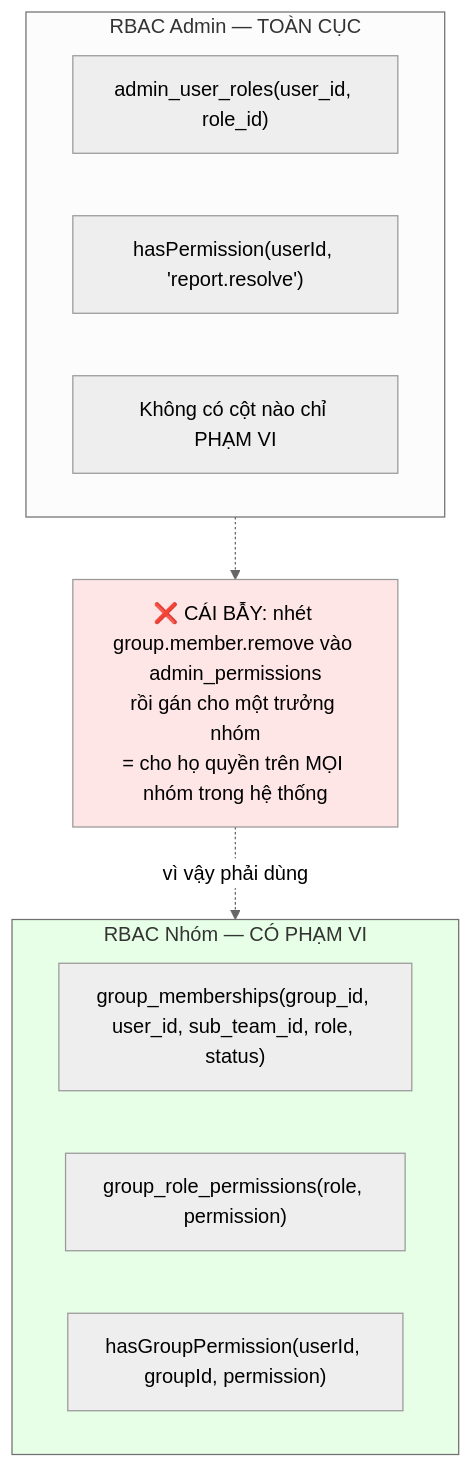
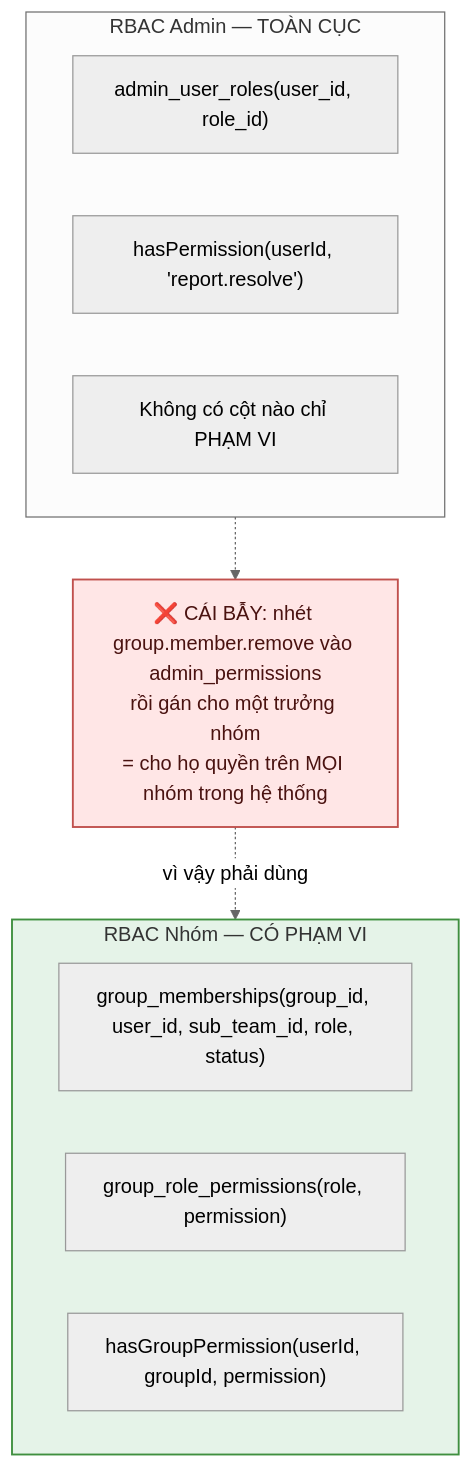
One commit to fdshn/trueheart changed the third of 6 diagrams in docs/diagram/18-group.md. Above: the diagram before and after it, drawn with Mermaid (neutral theme). The commit also changed other lines of this file and 30 other files, not shown here.

First line of the commit message:
docs(diagram): chữ trong khối tô màu đọc được ở cả giao diện sáng và tối

````diff
--- a/docs/diagram/18-group.md
+++ b/docs/diagram/18-group.md
@@ -79,20 +79,20 @@
 ```mermaid
 flowchart TD
     subgraph Admin["RBAC Admin — TOÀN CỤC"]
         A1["admin_user_roles(user_id, role_id)"]
         A2["hasPermission(userId, 'report.resolve')"]
         A3["Không có cột nào chỉ PHẠM VI"]
     end
     subgraph Nhóm["RBAC Nhóm — CÓ PHẠM VI"]
         B1["group_memberships(group_id, user_id, sub_team_id, role, status)"]
         B2["group_role_permissions(role, permission)"]
         B3["hasGroupPermission(userId, groupId, permission)"]
     end
 
     C["❌ CÁI BẪY: nhét group.member.remove vào admin_permissions<br/>rồi gán cho một trưởng nhóm<br/>= cho họ quyền trên MỌI nhóm trong hệ thống"]
     Admin -.-> C
     C -.vì vậy phải dùng.-> Nhóm
 
-    style C fill:#ffe6e6
-    style Nhóm fill:#e6ffe6
+    style C fill:#ffe6e6,stroke:#c0504d,stroke-width:1.5px,color:#4a1210
+    style Nhóm fill:#3ca05021,stroke:#3f8f3f,stroke-width:1.5px
 ```
````
